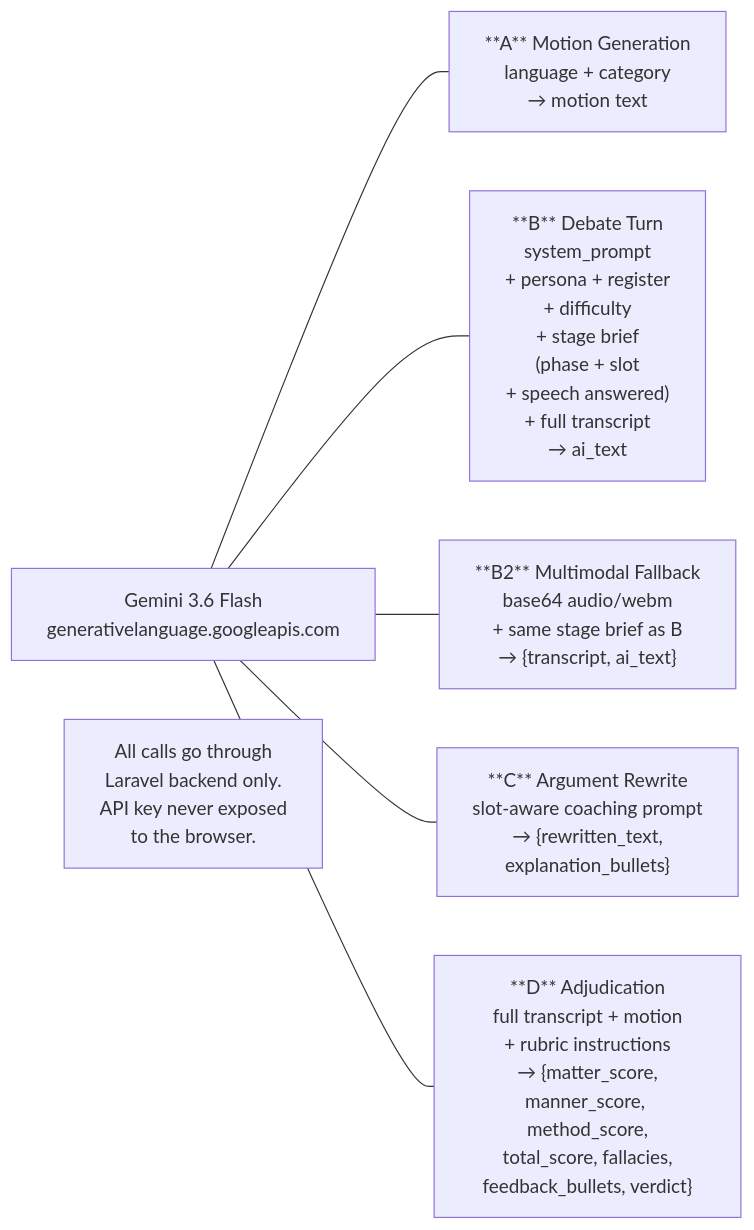
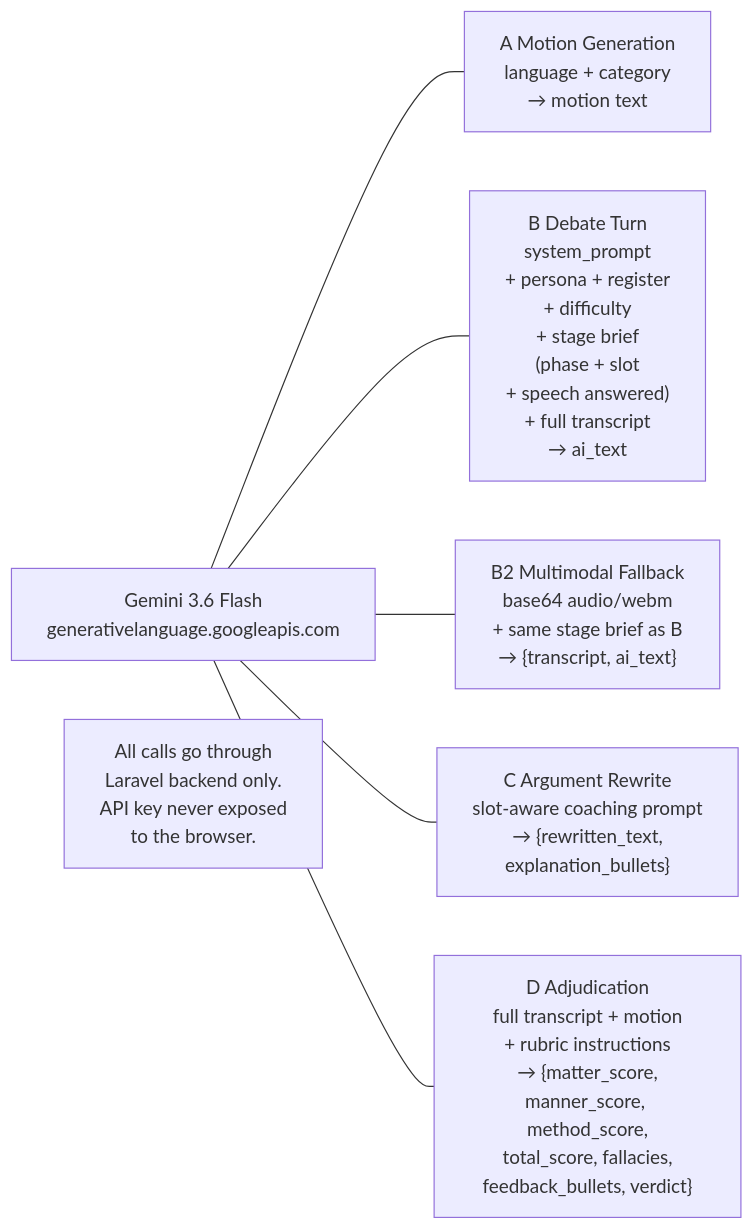
The third of 6 diagrams in README.md (Atia-Farha/Rostrum), drawn with Mermaid before and after one commit. The commit also changed other lines of this file and 10 other files, not shown here.

````diff
--- a/README.md
+++ b/README.md
@@ -442,18 +442,18 @@
 ```mermaid
 flowchart LR
     GEM["Gemini 3.6 Flash\ngenerativelanguage.googleapis.com"]
 
-    A["**A** Motion Generation\nlanguage + category\n→ motion text"]
-    B["**B** Debate Turn\nsystem_prompt\n+ persona + register\n+ difficulty\n+ stage brief\n(phase + slot\n+ speech answered)\n+ full transcript\n→ ai_text"]
-    B2["**B2** Multimodal Fallback\nbase64 audio/webm\n+ same stage brief as B\n→ {transcript, ai_text}"]
-    C["**C** Argument Rewrite\nslot-aware coaching prompt\n→ {rewritten_text,\nexplanation_bullets}"]
-    D["**D** Adjudication\nfull transcript + motion\n+ rubric instructions\n→ {matter_score,\nmanner_score, method_score,\ntotal_score, fallacies,\nfeedback_bullets, verdict}"]
+    A["A Motion Generation\nlanguage + category\n→ motion text"]
+    B["B Debate Turn\nsystem_prompt\n+ persona + register\n+ difficulty\n+ stage brief\n(phase + slot\n+ speech answered)\n+ full transcript\n→ ai_text"]
+    B2["B2 Multimodal Fallback\nbase64 audio/webm\n+ same stage brief as B\n→ {transcript, ai_text}"]
+    C["C Argument Rewrite\nslot-aware coaching prompt\n→ {rewritten_text,\nexplanation_bullets}"]
+    D["D Adjudication\nfull transcript + motion\n+ rubric instructions\n→ {matter_score,\nmanner_score, method_score,\ntotal_score, fallacies,\nfeedback_bullets, verdict}"]
 
     GEM --- A
     GEM --- B
     GEM --- B2
     GEM --- C
     GEM --- D
 
     note1["All calls go through\nLaravel backend only.\nAPI key never exposed\nto the browser."]
 ```
````
